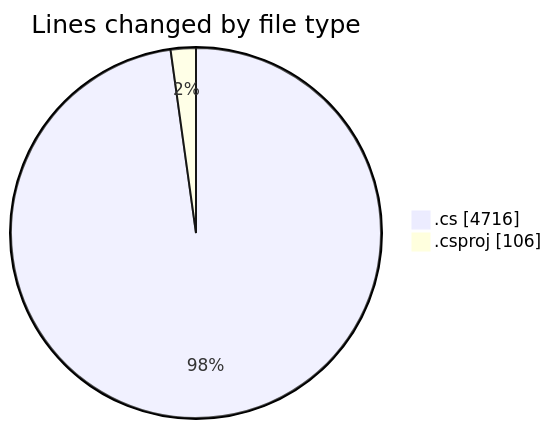
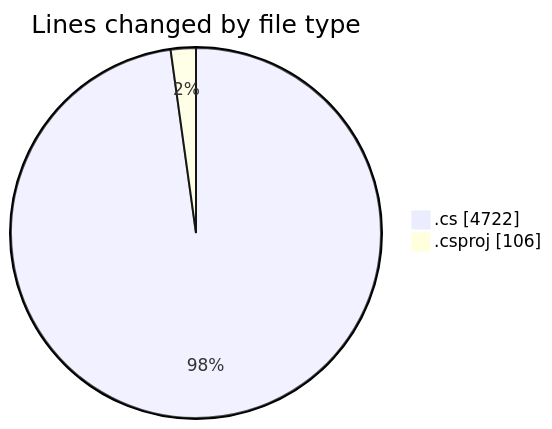
One commit to Netris89/code-tracking changed the first of 2 diagrams in 2025-04-02/back-end/README.md. Above: the diagram before and after it, drawn with Mermaid. The commit also changed other lines of this file and 1 other file, not shown here.

````diff
--- a/2025-04-02/back-end/README.md
+++ b/2025-04-02/back-end/README.md
@@ -33,6 +33,6 @@
 ```mermaid
 pie showData
 title Lines changed by file type
-".cs" : 4716
+".cs" : 4722
 ".csproj" : 106
 ```
````
